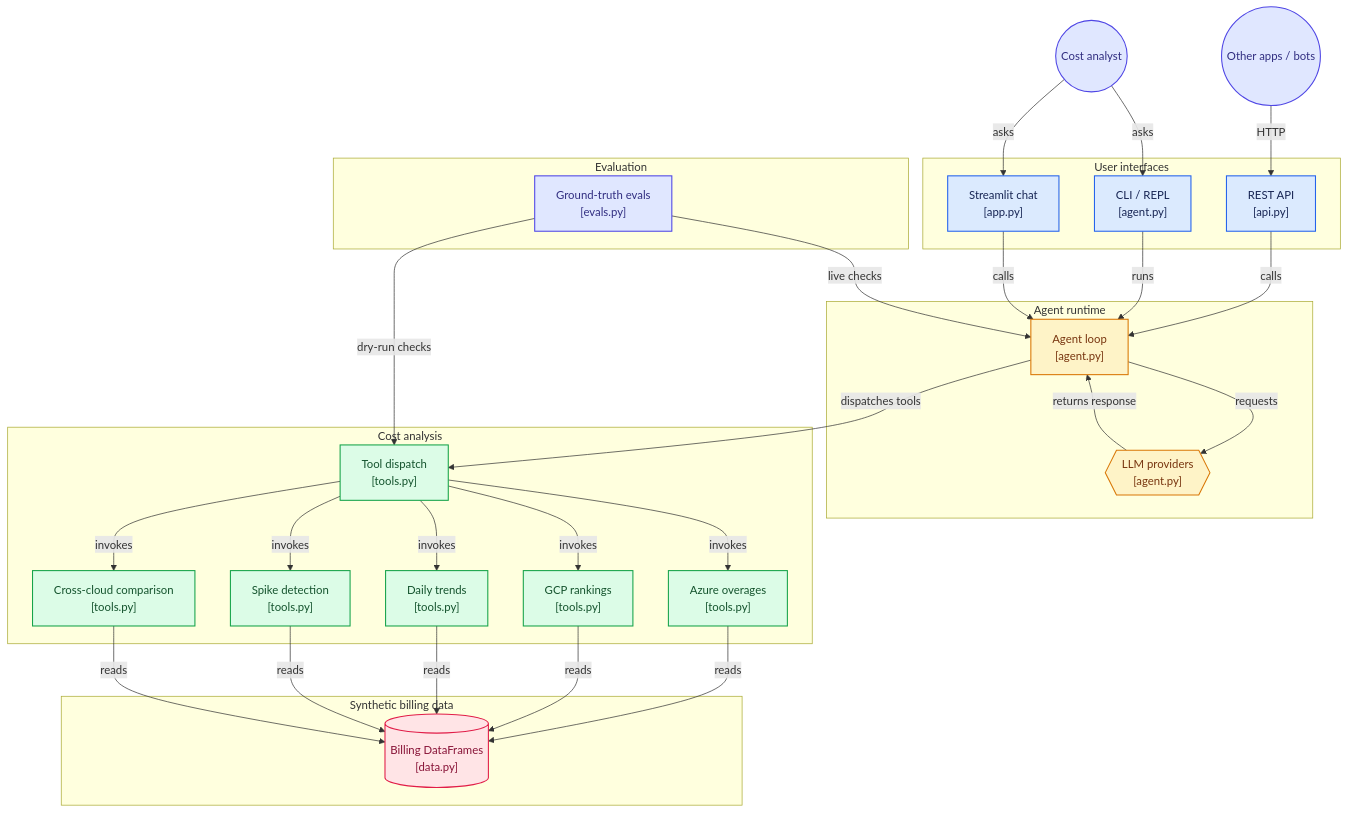
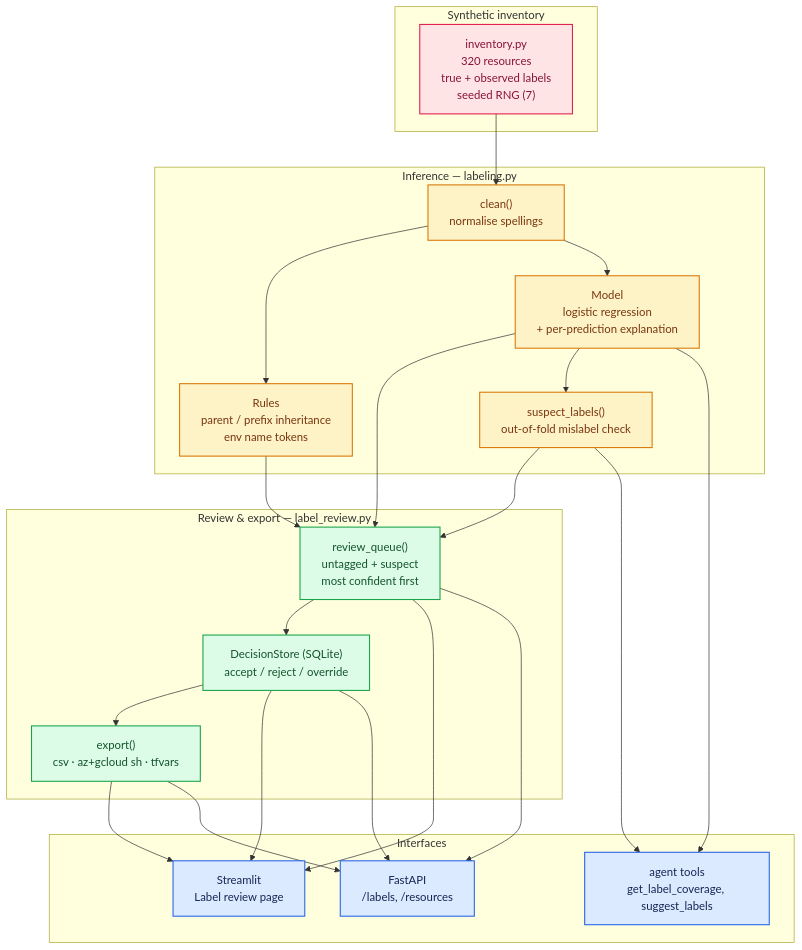
The diagram in README.md (redbarron23/obs-agent), drawn with Mermaid before and after one commit. The commit also changed other lines of this file and 2 other files, not shown here.

First line of the commit message:
docs: lead the README with tag inference, split the agent into docs/agent.md (#12)

````diff
--- a/README.md
+++ b/README.md
@@ -390,84 +370,52 @@
 ```mermaid
-%% Generated by https://gitdiagram.com/redbarron23/obs-agent
 flowchart TD
+  subgraph datalayer["Synthetic inventory"]
+    inv["inventory.py<br/>320 resources<br/>true + observed labels<br/>seeded RNG (7)"]
+  end
 
-subgraph group_entry["User interfaces"]
-  node_cli["CLI / REPL<br/>[agent.py]"]
-  node_web["Streamlit chat<br/>[app.py]"]
-  node_api["REST API<br/>[api.py]"]
-end
+  subgraph infer["Inference — labeling.py"]
+    clean["clean()<br/>normalise spellings"]
+    rules["Rules<br/>parent / prefix inheritance<br/>env name tokens"]
+    model["Model<br/>logistic regression<br/>+ per-prediction explanation"]
+    suspect["suspect_labels()<br/>out-of-fold mislabel check"]
+  end
 
-subgraph group_runtime["Agent runtime"]
-  node_loop["Agent loop<br/>[agent.py]"]
-  node_providers{{"LLM providers<br/>[agent.py]"}}
-end
+  subgraph reviewlayer["Review & export — label_review.py"]
+    queue["review_queue()<br/>untagged + suspect<br/>most confident first"]
+    decide["DecisionStore (SQLite)<br/>accept / reject / override"]
+    export["export()<br/>csv · az+gcloud sh · tfvars"]
+  end
 
-subgraph group_analysis["Cost analysis"]
-  node_dispatch["Tool dispatch<br/>[tools.py]"]
-  node_azure["Azure overages<br/>[tools.py]"]
-  node_gcp["GCP rankings<br/>[tools.py]"]
-  node_trend["Daily trends<br/>[tools.py]"]
-  node_spikes["Spike detection<br/>[tools.py]"]
-  node_crosscloud["Cross-cloud comparison<br/>[tools.py]"]
-end
+  subgraph surfaces["Interfaces"]
+    page["Streamlit<br/>Label review page"]
+    api["FastAPI<br/>/labels, /resources"]
+    tool["agent tools<br/>get_label_coverage, suggest_labels"]
+  end
 
-subgraph group_data["Synthetic billing data"]
-  node_datasets[("Billing DataFrames<br/>[data.py]")]
-end
+  inv --> clean
+  clean --> rules
+  clean --> model
+  rules --> queue
+  model --> queue
+  model --> suspect
+  suspect --> queue
+  queue --> decide
+  decide --> export
+  queue --> page
+  queue --> api
+  decide --> page
+  decide --> api
+  export --> page
+  export --> api
+  model --> tool
+  suspect --> tool
 
-subgraph group_quality["Evaluation"]
-  node_evals["Ground-truth evals<br/>[evals.py]"]
-end
-
-node_user(("Cost analyst"))
-node_client(("Other apps / bots"))
-
-node_user -->|"asks"| node_cli
-node_user -->|"asks"| node_web
-node_client -->|"HTTP"| node_api
-node_api -->|"calls"| node_loop
-node_cli -->|"runs"| node_loop
-node_web -->|"calls"| node_loop
-node_loop -->|"requests"| node_providers
-node_providers -->|"returns response"| node_loop
-node_loop -->|"dispatches tools"| node_dispatch
-node_dispatch -->|"invokes"| node_azure
-node_dispatch -->|"invokes"| node_gcp
-node_dispatch -->|"invokes"| node_trend
-node_dispatch -->|"invokes"| node_spikes
-node_dispatch -->|"invokes"| node_crosscloud
-node_azure -->|"reads"| node_datasets
-node_gcp -->|"reads"| node_datasets
-node_trend -->|"reads"| node_datasets
-node_spikes -->|"reads"| node_datasets
-node_crosscloud -->|"reads"| node_datasets
-node_evals -->|"dry-run checks"| node_dispatch
-node_evals -->|"live checks"| node_loop
-
-click node_cli "https://github.com/redbarron23/obs-agent/blob/main/agent.py"
-click node_web "https://github.com/redbarron23/obs-agent/blob/main/app.py"
-click node_api "https://github.com/redbarron23/obs-agent/blob/main/api.py"
-click node_loop "https://github.com/redbarron23/obs-agent/blob/main/agent.py"
-click node_providers "https://github.com/redbarron23/obs-agent/blob/main/agent.py"
-click node_dispatch "https://github.com/redbarron23/obs-agent/blob/main/tools.py"
-click node_azure "https://github.com/redbarron23/obs-agent/blob/main/tools.py"
-click node_gcp "https://github.com/redbarron23/obs-agent/blob/main/tools.py"
-click node_trend "https://github.com/redbarron23/obs-agent/blob/main/tools.py"
-click node_spikes "https://github.com/redbarron23/obs-agent/blob/main/tools.py"
-click node_crosscloud "https://github.com/redbarron23/obs-agent/blob/main/tools.py"
-click node_datasets "https://github.com/redbarron23/obs-agent/blob/main/data.py"
-click node_evals "https://github.com/redbarron23/obs-agent/blob/main/evals.py"
-
-classDef toneNeutral fill:#f8fafc,stroke:#334155,stroke-width:1.5px,color:#0f172a
-classDef toneBlue fill:#dbeafe,stroke:#2563eb,stroke-width:1.5px,color:#172554
-classDef toneAmber fill:#fef3c7,stroke:#d97706,stroke-width:1.5px,color:#78350f
-classDef toneMint fill:#dcfce7,stroke:#16a34a,stroke-width:1.5px,color:#14532d
-classDef toneRose fill:#ffe4e6,stroke:#e11d48,stroke-width:1.5px,color:#881337
-classDef toneIndigo fill:#e0e7ff,stroke:#4f46e5,stroke-width:1.5px,color:#312e81
-classDef toneTeal fill:#ccfbf1,stroke:#0f766e,stroke-width:1.5px,color:#134e4a
-class node_cli,node_web,node_api toneBlue
-class node_loop,node_providers toneAmber
-class node_dispatch,node_azure,node_gcp,node_trend,node_spikes,node_crosscloud toneMint
-class node_datasets toneRose
-class node_evals,node_user,node_client toneIndigo
+  classDef toneAmber fill:#fef3c7,stroke:#d97706,stroke-width:1.5px,color:#78350f
+  classDef toneBlue fill:#dbeafe,stroke:#2563eb,stroke-width:1.5px,color:#172554
+  classDef toneMint fill:#dcfce7,stroke:#16a34a,stroke-width:1.5px,color:#14532d
+  classDef toneRose fill:#ffe4e6,stroke:#e11d48,stroke-width:1.5px,color:#881337
+  class clean,rules,model,suspect toneAmber
+  class queue,decide,export toneMint
+  class page,api,tool toneBlue
+  class inv toneRose
 ```
````
